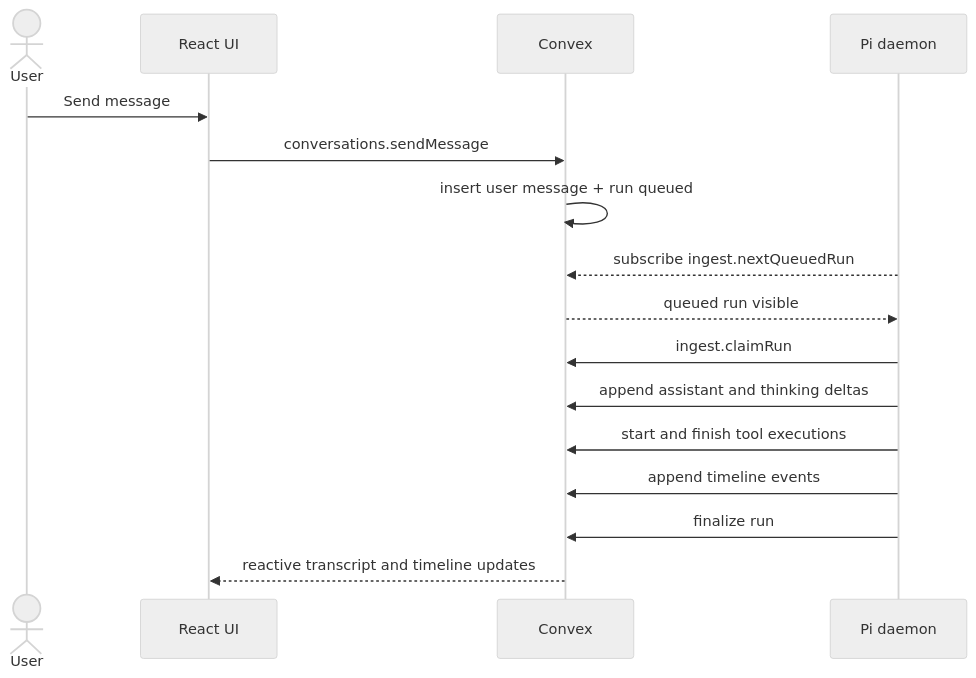
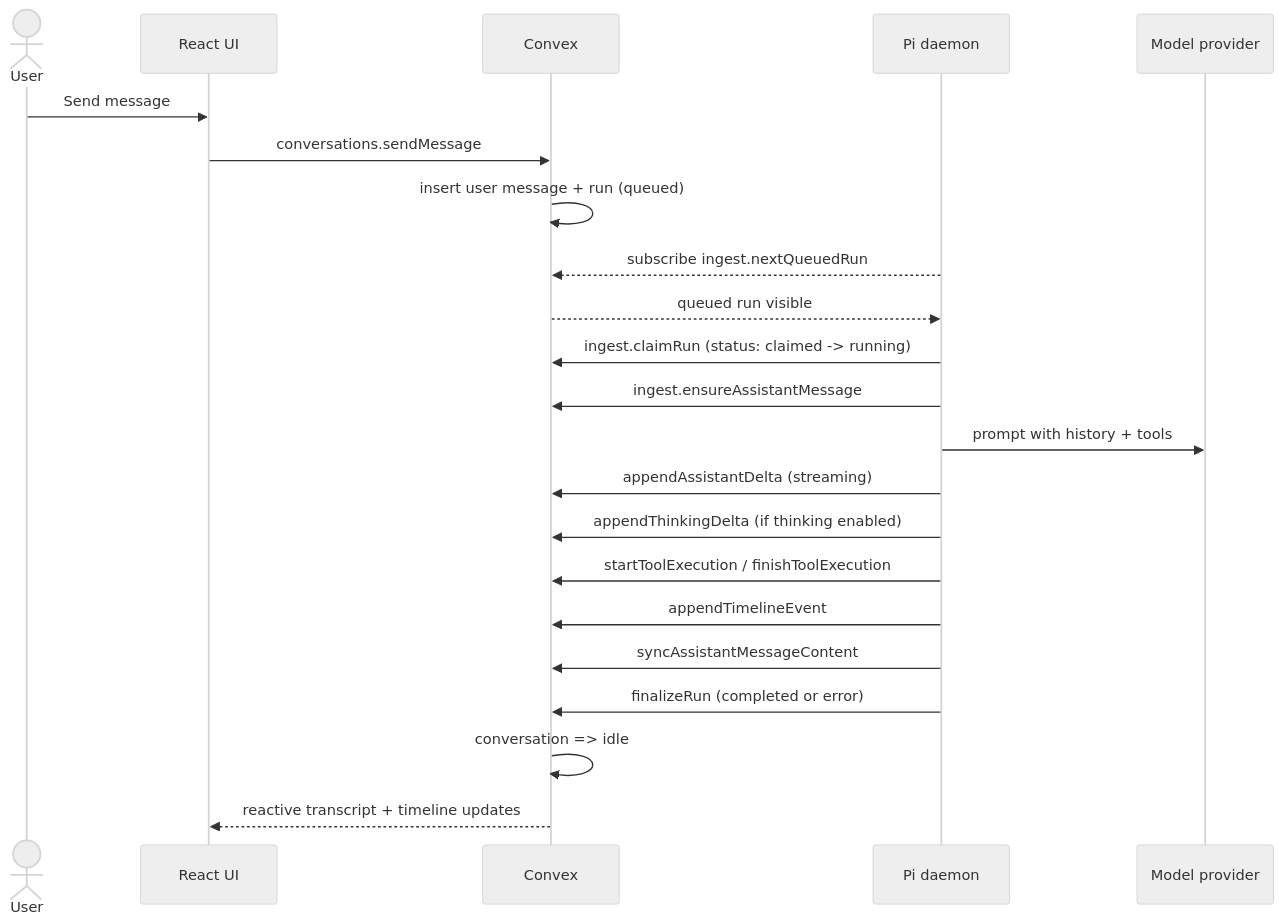
The fourth of 8 diagrams in README.md (AN-SWAPNIL/AgenticAI-Assignment), drawn with Mermaid (neutral theme) before and after one commit. The commit also changed other lines of this file and 1 other file, not shown here.

````diff
--- a/README.md
+++ b/README.md
@@ -129,19 +135,25 @@
 ```mermaid
 sequenceDiagram
   actor User
   participant UI as React UI
   participant CV as Convex
   participant AG as Pi daemon
+  participant MP as Model provider
 
   User->>UI: Send message
   UI->>CV: conversations.sendMessage
-  CV->>CV: insert user message + run queued
+  CV->>CV: insert user message + run (queued)
   AG-->>CV: subscribe ingest.nextQueuedRun
   CV-->>AG: queued run visible
-  AG->>CV: ingest.claimRun
-  AG->>CV: append assistant and thinking deltas
-  AG->>CV: start and finish tool executions
-  AG->>CV: append timeline events
-  AG->>CV: finalize run
-  CV-->>UI: reactive transcript and timeline updates
+  AG->>CV: ingest.claimRun (status: claimed -> running)
+  AG->>CV: ingest.ensureAssistantMessage
+  AG->>MP: prompt with history + tools
+  AG->>CV: appendAssistantDelta (streaming)
+  AG->>CV: appendThinkingDelta (if thinking enabled)
+  AG->>CV: startToolExecution / finishToolExecution
+  AG->>CV: appendTimelineEvent
+  AG->>CV: syncAssistantMessageContent
+  AG->>CV: finalizeRun (completed or error)
+  CV->>CV: conversation => idle
+  CV-->>UI: reactive transcript + timeline updates
 ```
````
